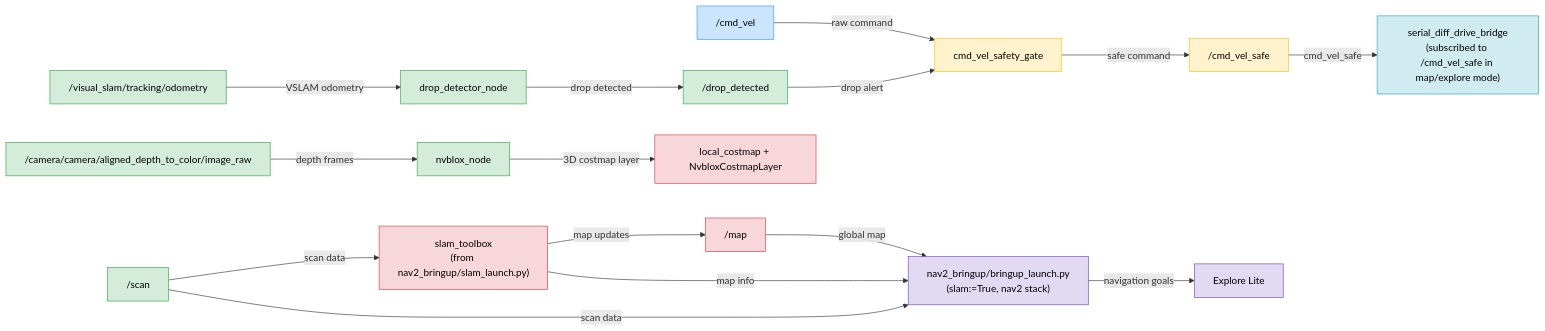
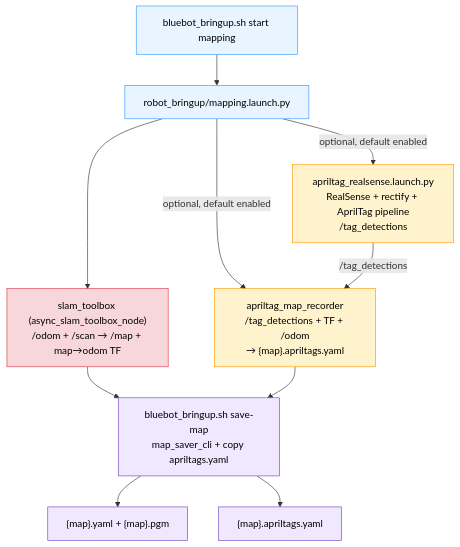
One commit to NinjaGirlGmr/bluebot changed the second of 4 diagrams in scripts/ROS2_STACK_FLOW.md. Above: the diagram before and after it, drawn with Mermaid. The commit also changed other lines of this file and 2 other files, not shown here.

Commit message:
updated stack diagrams

````diff
--- a/scripts/ROS2_STACK_FLOW.md
+++ b/scripts/ROS2_STACK_FLOW.md
@@ -208,54 +63,29 @@
 ```mermaid
-flowchart LR
-%% ---------- STYLE DEFINITIONS ----------
-classDef input fill:#cce5ff,stroke:#3399ff,stroke-width:1px,color:#000;
-classDef perception fill:#d4edda,stroke:#28a745,stroke-width:1px,color:#000;
-classDef safety fill:#fff3cd,stroke:#ffc107,stroke-width:1px,color:#000;
+flowchart TD
+classDef launch fill:#e8f4ff,stroke:#3399ff,stroke-width:1px,color:#000;
 classDef mapping fill:#f8d7da,stroke:#dc3545,stroke-width:1px,color:#000;
-classDef nav fill:#e2d9f3,stroke:#6f42c1,stroke-width:1px,color:#000;
-classDef hardware fill:#d1ecf1,stroke:#17a2b8,stroke-width:1px,color:#000;
+classDef apriltag fill:#fff3cd,stroke:#ff9800,stroke-width:1px,color:#000;
+classDef state fill:#f0f0f0,stroke:#6c757d,stroke-width:1px,color:#000;
+classDef ops fill:#efe8ff,stroke:#6f42c1,stroke-width:1px,color:#000;
 
-%% ---------- INPUT / COMMAND ----------
-CmdIn["/cmd_vel"]:::input
-DropTopic["/drop_detected"]:::perception
-CmdSafe["/cmd_vel_safe"]:::safety
+A["bluebot_bringup.sh start mapping"]:::launch
+B["robot_bringup/mapping.launch.py"]:::launch
 
-%% ---------- PERCEPTION ----------
-Depth["/camera/camera/aligned_depth_to_color/image_raw"]:::perception
-VslamOdom["/visual_slam/tracking/odometry"]:::perception
-Scan["/scan"]:::perception
-DropDetector["drop_detector_node"]:::perception
-Nvblox["nvblox_node"]:::perception
-SLAM["slam_toolbox<br/>(from nav2_bringup/slam_launch.py)"]:::mapping
+SLAM["slam_toolbox (async_slam_toolbox_node)\n/odom + /scan → /map + map→odom TF"]:::mapping
 
-%% ---------- NAVIGATION ----------
-Nav2["nav2_bringup/bringup_launch.py<br/>(slam:=True, nav2 stack)"]:::nav
-Explore["Explore Lite"]:::nav
-Map["/map"]:::mapping
-LocalCM["local_costmap + NvbloxCostmapLayer"]:::mapping
+AT0["apriltag_realsense.launch.py\nRealSense + rectify + AprilTag pipeline\n/tag_detections"]:::apriltag
+AT1["apriltag_map_recorder\n/tag_detections + TF + /odom\n→ {map}.apriltags.yaml"]:::apriltag
 
-%% ---------- HARDWARE ----------
-SerialBridge["serial_diff_drive_bridge<br/>(subscribed to /cmd_vel_safe in map/explore mode)"]:::hardware
+SAVE["bluebot_bringup.sh save-map\nmap_saver_cli + copy apriltags.yaml"]:::ops
+ART1["{map}.yaml + {map}.pgm"]:::ops
+ART2["{map}.apriltags.yaml"]:::ops
 
-%% ---------- DATA FLOW WITH LABELS ----------
+A --> B
+B --> SLAM
+B -->|optional, default enabled| AT0
+B -->|optional, default enabled| AT1
 
-%% Command & Safety
-CmdIn -->|raw command| Gate["cmd_vel_safety_gate"]:::safety
-DropTopic -->|drop alert| Gate
-Gate -->|safe command| CmdSafe
-CmdSafe -->|cmd_vel_safe| SerialBridge
-
-%% Perception
-Depth -->|depth frames| Nvblox
-VslamOdom -->|VSLAM odometry| DropDetector
-DropDetector -->|drop detected| DropTopic
-Scan -->|scan data| SLAM
-SLAM -->|map updates| Map
-
-%% Navigation & Mapping
-Scan -->|scan data| Nav2
-SLAM -->|map info| Nav2
-Nvblox -->|3D costmap layer| LocalCM
-Map -->|global map| Nav2
-Nav2 -->|navigation goals| Explore
+AT0 -->|/tag_detections| AT1
+SLAM --> SAVE --> ART1
+AT1 --> SAVE --> ART2
 ```
````
